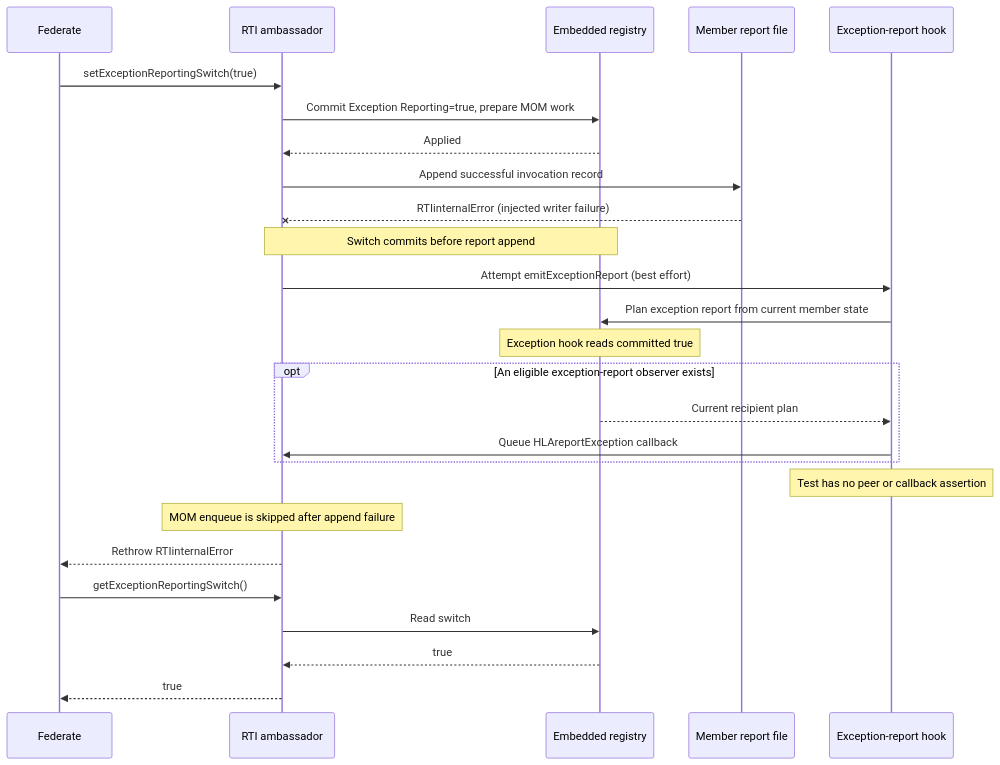
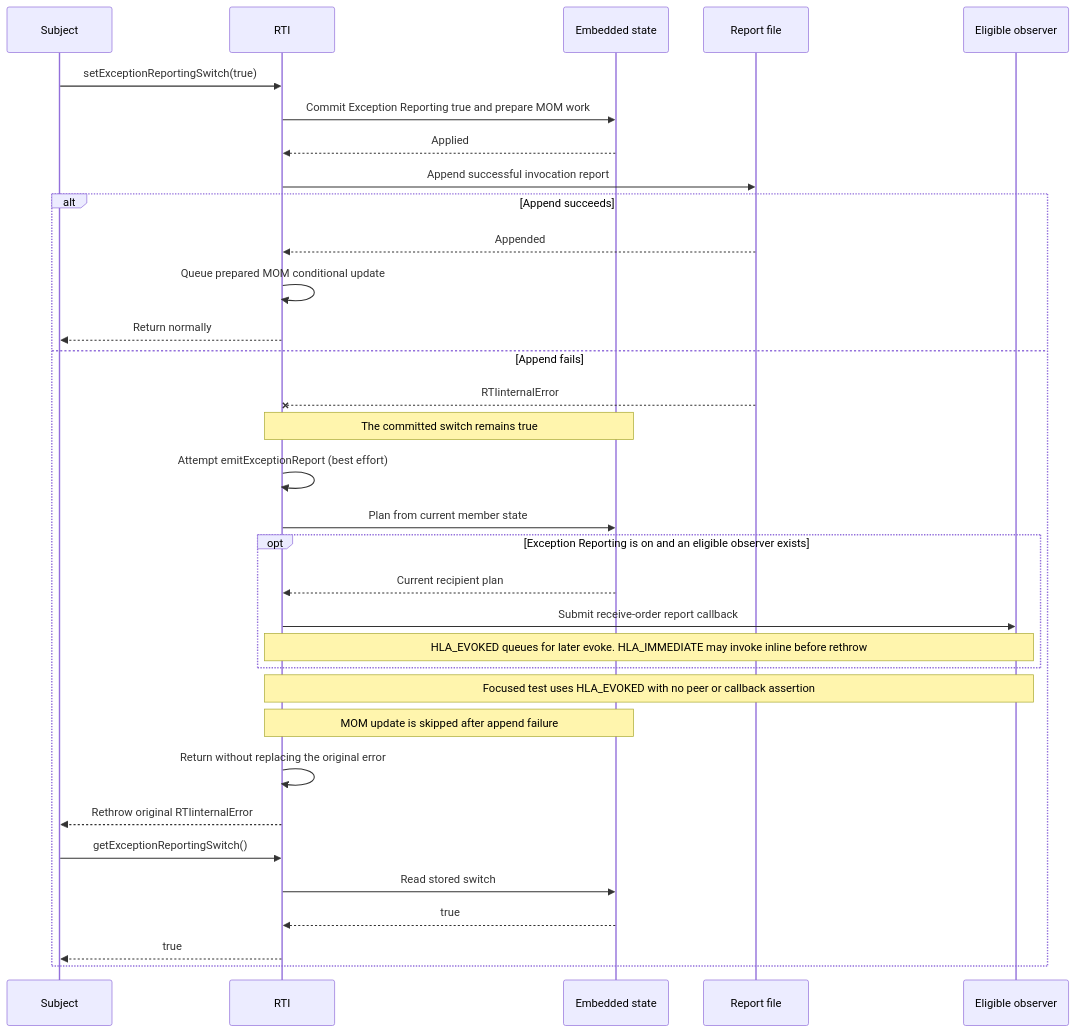
One commit to sheepfling/umbra changed diagram 14 of 17 in docs/design/HLA-2025-SERVICE-INVOCATION-REPORTING-FLOW-GUIDE.md. Above: the diagram before and after it, drawn with Mermaid. The commit also changed other lines of this file and 21 other files, not shown here.

Commit message:
docs: publish 2025 HLA flow guide update

````diff
--- a/docs/design/HLA-2025-SERVICE-INVOCATION-REPORTING-FLOW-GUIDE.md
+++ b/docs/design/HLA-2025-SERVICE-INVOCATION-REPORTING-FLOW-GUIDE.md
@@ -621,28 +1076,35 @@
 ```mermaid
 sequenceDiagram
-  participant App as Federate
-  participant API as RTI ambassador
-  participant Registry as Embedded registry
-  participant File as Member report file
-  participant Hook as Exception-report hook
-  App->>API: setExceptionReportingSwitch(true)
-  API->>Registry: Commit Exception Reporting=true, prepare MOM work
-  Registry-->>API: Applied
-  API->>File: Append successful invocation record
-  File--xAPI: RTIinternalError (injected writer failure)
-  Note over API,Registry: Switch commits before report append
-  API->>Hook: Attempt emitExceptionReport (best effort)
-  Hook->>Registry: Plan exception report from current member state
-  Note over Registry: Exception hook reads committed true
-  opt An eligible exception-report observer exists
-    Registry-->>Hook: Current recipient plan
-    Hook->>API: Queue HLAreportException callback
+  participant Subject as Subject
+  participant RTI
+  participant State as Embedded state
+  participant File as Report file
+  participant Peer as Eligible observer
+  Subject->>RTI: setExceptionReportingSwitch(true)
+  RTI->>State: Commit Exception Reporting true and prepare MOM work
+  State-->>RTI: Applied
+  RTI->>File: Append successful invocation report
+  alt Append succeeds
+    File-->>RTI: Appended
+    RTI->>RTI: Queue prepared MOM conditional update
+    RTI-->>Subject: Return normally
+  else Append fails
+    File--xRTI: RTIinternalError
+    Note over RTI,State: The committed switch remains true
+    RTI->>RTI: Attempt emitExceptionReport (best effort)
+    RTI->>State: Plan from current member state
+    opt Exception Reporting is on and an eligible observer exists
+      State-->>RTI: Current recipient plan
+      RTI->>Peer: Submit receive-order report callback
+      Note over RTI,Peer: HLA_EVOKED queues for later evoke. HLA_IMMEDIATE may invoke inline before rethrow
+    end
+    Note over RTI,Peer: Focused test uses HLA_EVOKED with no peer or callback assertion
+    Note over RTI,State: MOM update is skipped after append failure
+    RTI->>RTI: Return without replacing the original error
+    RTI-->>Subject: Rethrow original RTIinternalError
+    Subject->>RTI: getExceptionReportingSwitch()
+    RTI->>State: Read stored switch
+    State-->>RTI: true
+    RTI-->>Subject: true
   end
-  Note over Hook: Test has no peer or callback assertion
-  Note over API: MOM enqueue is skipped after append failure
-  API-->>App: Rethrow RTIinternalError
-  App->>API: getExceptionReportingSwitch()
-  API->>Registry: Read switch
-  Registry-->>API: true
-  API-->>App: true
 ```
````
